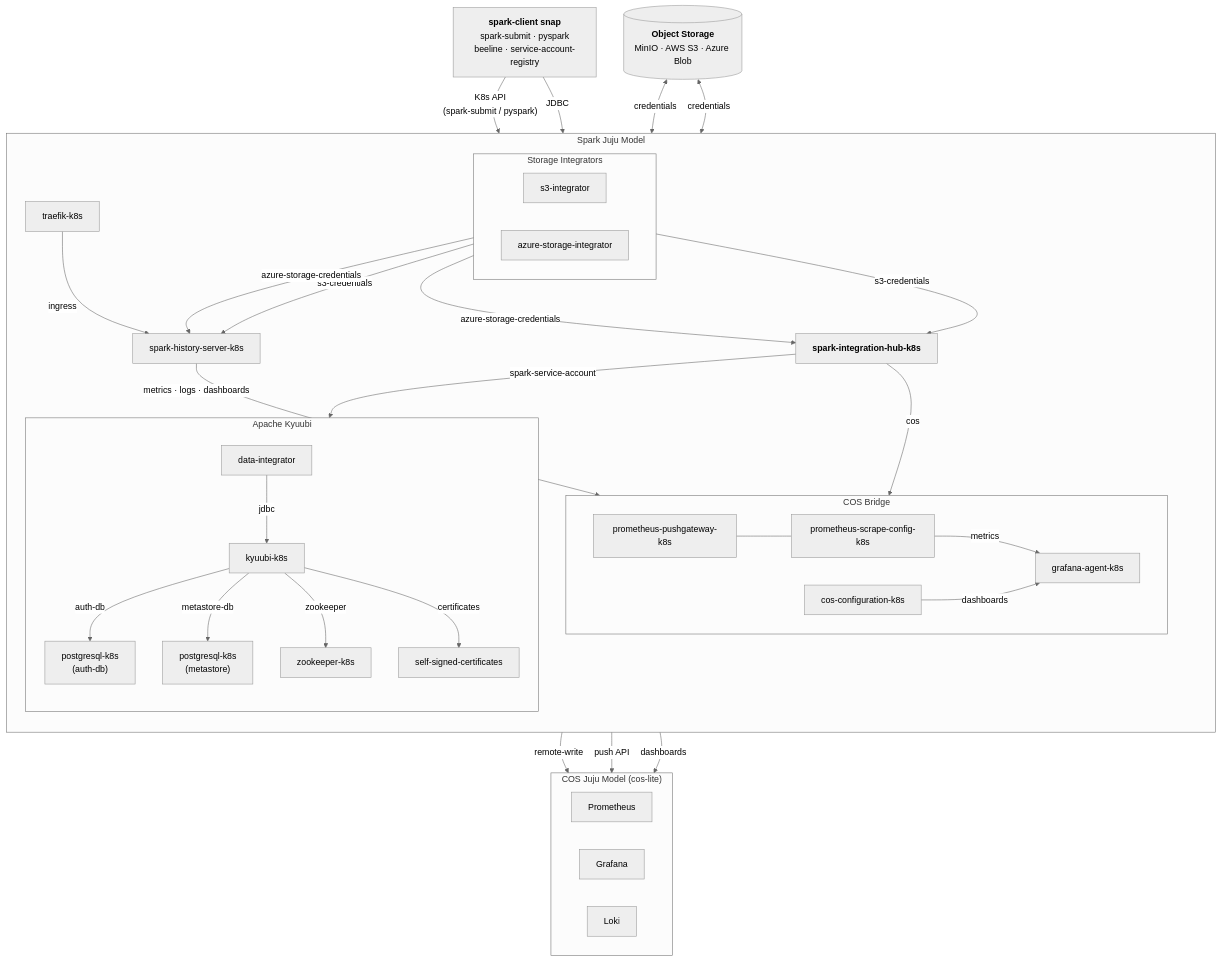
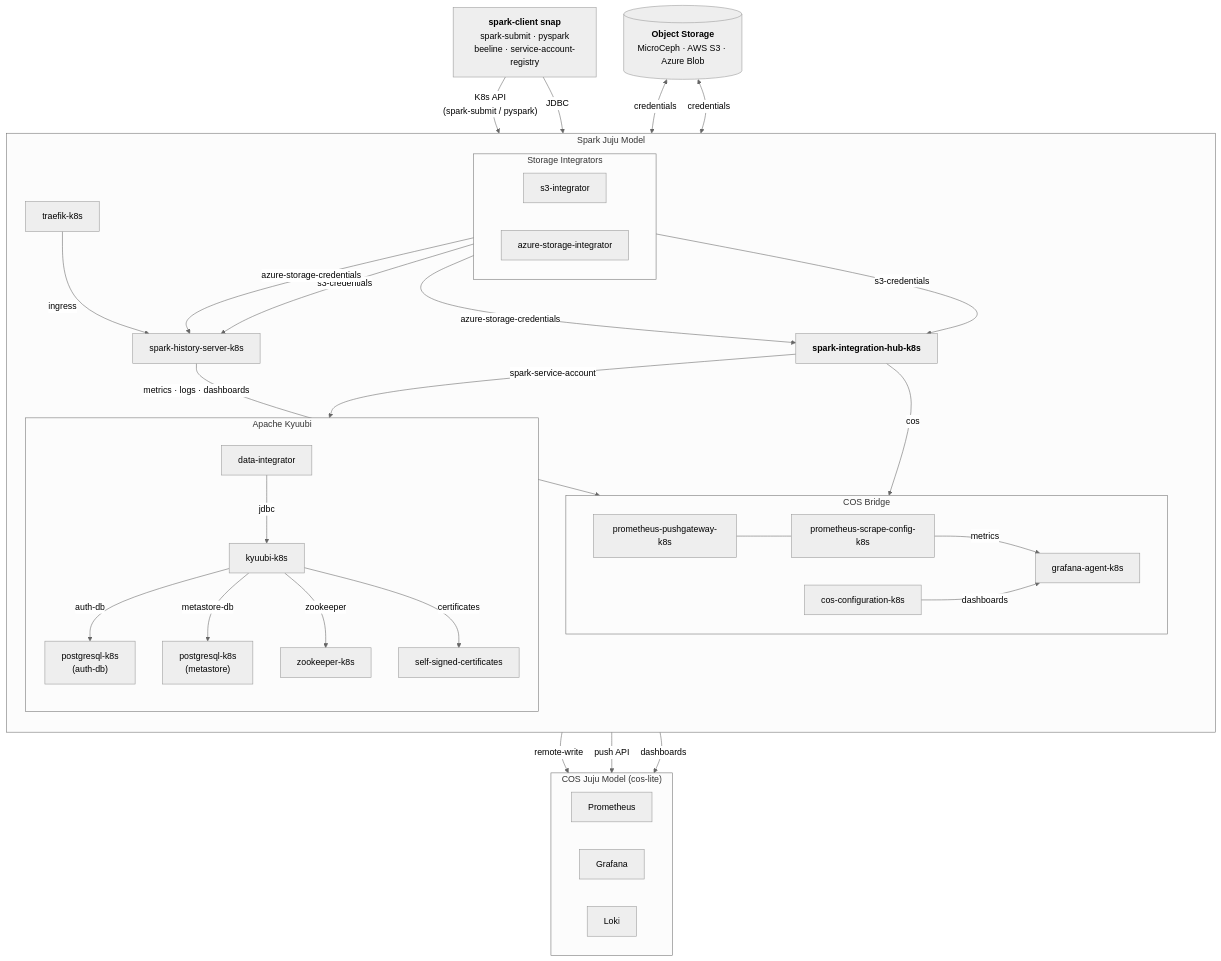
The diagram in docs/explanation/component-overview.md (canonical/spark-k8s-bundle), drawn with Mermaid (neutral theme) before and after one commit. The commit also changed other lines of this file and 5 other files, not shown here.

````diff
--- a/docs/explanation/component-overview.md
+++ b/docs/explanation/component-overview.md
@@ -85,68 +85,68 @@
 ```{mermaid}
 flowchart TB
     client["<b>spark-client snap</b><br>spark-submit · pyspark<br>beeline · service-account-registry"]
-    backend[("<b>Object Storage</b><br>MinIO · AWS S3 · Azure Blob")]
+    backend[("<b>Object Storage</b><br>MicroCeph · AWS S3 · Azure Blob")]
 
     subgraph spark-model["Spark Juju Model"]
         direction TB
 
         hub["<b>spark-integration-hub-k8s</b>"]
 
         subgraph integrators["Storage Integrators"]
             direction LR
             s3int["s3-integrator"]
             azint["azure-storage-integrator"]
         end
 
         traefik["traefik-k8s"]
         hs["spark-history-server-k8s"]
 
         subgraph kyu-grp["Apache Kyuubi"]
             direction TB
             kyuubi["kyuubi-k8s"]
             authdb["postgresql-k8s<br>(auth-db)"]
             metadb["postgresql-k8s<br>(metastore)"]
             zk["zookeeper-k8s"]
             tls["self-signed-certificates"]
             di["data-integrator"]
         end
 
         subgraph cos-bridge["COS Bridge"]
             direction LR
             pgw["prometheus-pushgateway-k8s"]
             scrape["prometheus-scrape-config-k8s"]
             agent["grafana-agent-k8s"]
             cosconf["cos-configuration-k8s"]
         end
     end
 
     subgraph cos-model["COS Juju Model (cos-lite)"]
         direction LR
         prom["Prometheus"]
         graf["Grafana"]
         loki_n["Loki"]
     end
 
     client -->|"K8s API<br>(spark-submit / pyspark)"| hub
     client -->|"JDBC"| kyuubi
     backend <-->|credentials| s3int
     backend <-->|credentials| azint
     s3int -->|s3-credentials| hub
     azint -->|azure-storage-credentials| hub
     s3int -->|s3-credentials| hs
     azint -->|azure-storage-credentials| hs
     hub -->|spark-service-account| kyuubi
     hub -->|cos| pgw
     traefik -->|ingress| hs
     kyuubi -->|auth-db| authdb
     kyuubi -->|metastore-db| metadb
     kyuubi -->|zookeeper| zk
     kyuubi -->|certificates| tls
     di -->|jdbc| kyuubi
     hs -->|metrics · logs · dashboards| agent
     pgw --- scrape -->|metrics| agent
     cosconf -->|dashboards| agent
     agent -->|remote-write| prom
     agent -->|push API| loki_n
     agent -->|dashboards| graf
 ```
````
